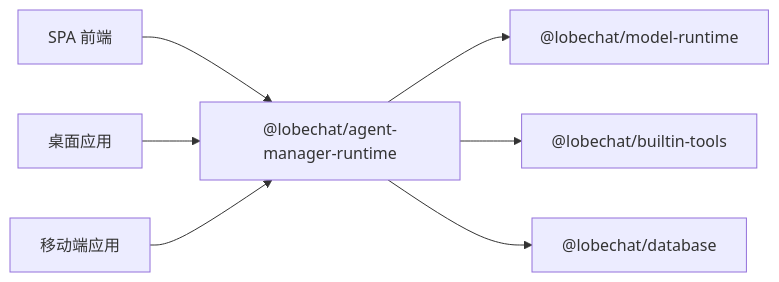
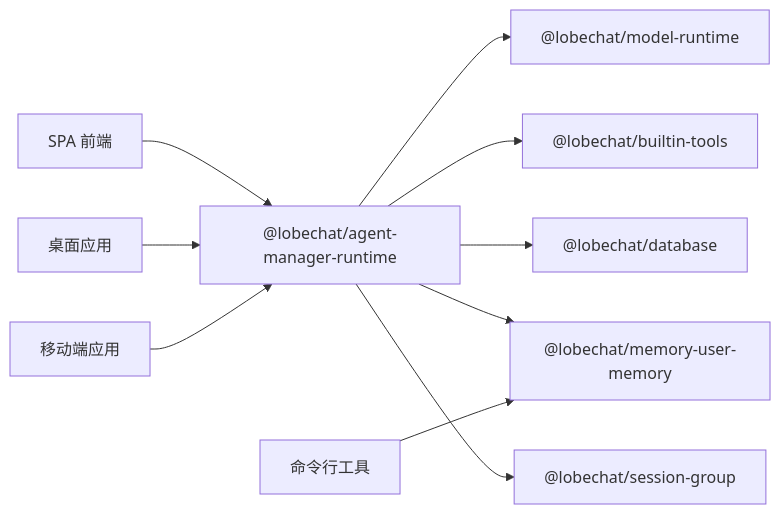
Before and after one commit to AvatoLabs/avato: the eighth of 8 diagrams in .qoder/repowiki/zh/content/核心功能模块/核心功能模块.md, drawn with Mermaid. The commit also changed other lines of this file and 23 other files, not shown here.

````diff
--- a/.qoder/repowiki/zh/content/核心功能模块/核心功能模块.md
+++ b/.qoder/repowiki/zh/content/核心功能模块/核心功能模块.md
@@ -327,9 +474,12 @@
 ```mermaid
 graph LR
 AMR["@lobechat/agent-manager-runtime"] --> MR["@lobechat/model-runtime"]
 AMR --> BT["@lobechat/builtin-tools"]
 AMR --> DB["@lobechat/database"]
+AMR --> MEM["@lobechat/memory-user-memory"]
+AMR --> SG["@lobechat/session-group"]
 SPA["SPA 前端"] --> AMR
 DESK["桌面应用"] --> AMR
 MOBILE["移动端应用"] --> AMR
+CLI["命令行工具"] --> MEM
 ```
````
